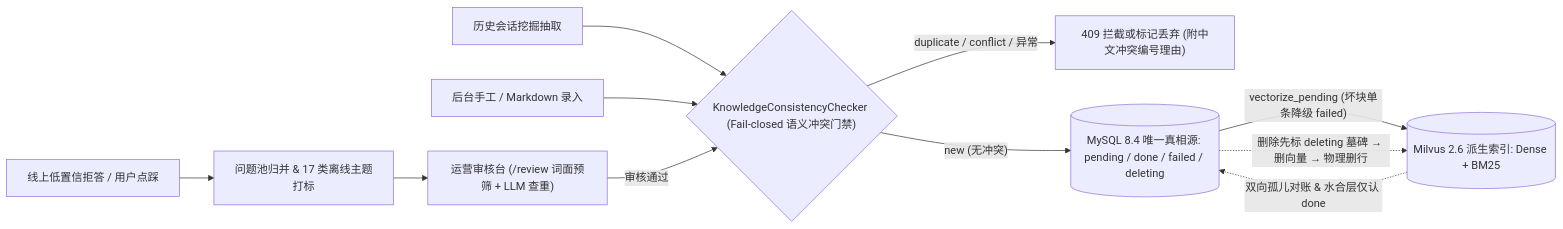
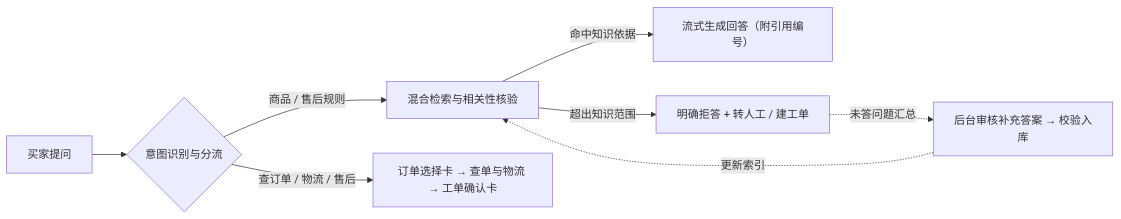
One commit to yzd05/PawHelp changed the diagram in README.md. Above: the diagram before and after it, drawn with Mermaid. The commit also changed other lines of this file and 4 other files, not shown here.

````diff
--- a/README.md
+++ b/README.md
@@ -74,15 +41,10 @@
 ```mermaid
 flowchart LR
-    GAP["线上低置信拒答 / 用户点踩"] --> POOL["问题池归并 & 17 类离线主题打标"]
-    MINE["历史会话挖掘抽取"] --> CHK
-    MANUAL["后台手工 / Markdown 录入"] --> CHK
-    POOL --> REV["运营审核台 (/review 词面预筛 + LLM 查重)"]
-    REV -->|"审核通过"| CHK{"KnowledgeConsistencyChecker (Fail-closed 语义冲突门禁)"}
-
-    CHK -->|"duplicate / conflict / 异常"| BLOCK["409 拦截或标记丢弃 (附中文冲突编号理由)"]
-    CHK -->|"new (无冲突)"| MYSQL[("MySQL 8.4 唯一真相源: pending / done / failed / deleting")]
-
-    MYSQL -->|"vectorize_pending (坏块单条降级 failed)"| MILVUS[("Milvus 2.6 派生索引: Dense + BM25")]
-    MYSQL -.->|"删除先标 deleting 墓碑 → 删向量 → 物理删行"| MILVUS
-    MILVUS -.->|"双向孤儿对账 & 水合层仅认 done"| MYSQL
+    Q["买家提问"] --> R{"意图识别与分流"}
+    R -->|"商品 / 售后规则"| KB["混合检索与相关性核验"]
+    KB -->|"命中知识依据"| ANS["流式生成回答（附引用编号）"]
+    KB -->|"超出知识范围"| REF["明确拒答 + 转人工 / 建工单"]
+    R -->|"查订单 / 物流 / 售后"| ORD["订单选择卡 → 查单与物流 → 工单确认卡"]
+    REF -.->|"未答问题汇总"| REV["后台审核补充答案 → 校验入库"]
+    REV -.->|"更新索引"| KB
 ```
````
